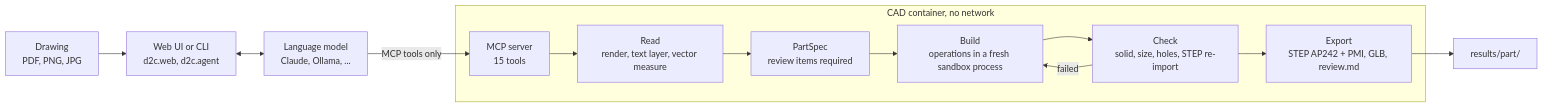
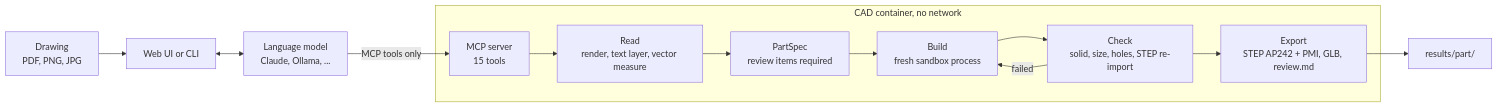
One commit to KristianKalfic/DRAWING2CADMSN changed the diagram in README.md. Above: the diagram before and after it, drawn with Mermaid. The commit also changed other lines of this file and 2 other files, not shown here.

````diff
--- a/README.md
+++ b/README.md
@@ -27,15 +66,15 @@
 ```mermaid
 flowchart LR
-  D[Drawing<br/>PDF, PNG, JPG] --> W[Web UI or CLI<br/>d2c.web, d2c.agent]
+  D[Drawing<br/>PDF, PNG, JPG] --> W[Web UI or CLI]
   W <--> L[Language model<br/>Claude, Ollama, ...]
   L -- MCP tools only --> S
   subgraph C[CAD container, no network]
     S[MCP server<br/>15 tools] --> R[Read<br/>render, text layer, vector measure]
     R --> P[PartSpec<br/>review items required]
-    P --> B[Build<br/>operations in a fresh sandbox process]
+    P --> B[Build<br/>fresh sandbox process]
     B --> K[Check<br/>solid, size, holes, STEP re-import]
     K -- failed --> B
     K --> E[Export<br/>STEP AP242 + PMI, GLB, review.md]
   end
   E --> O[results/part/]
 ```
````
